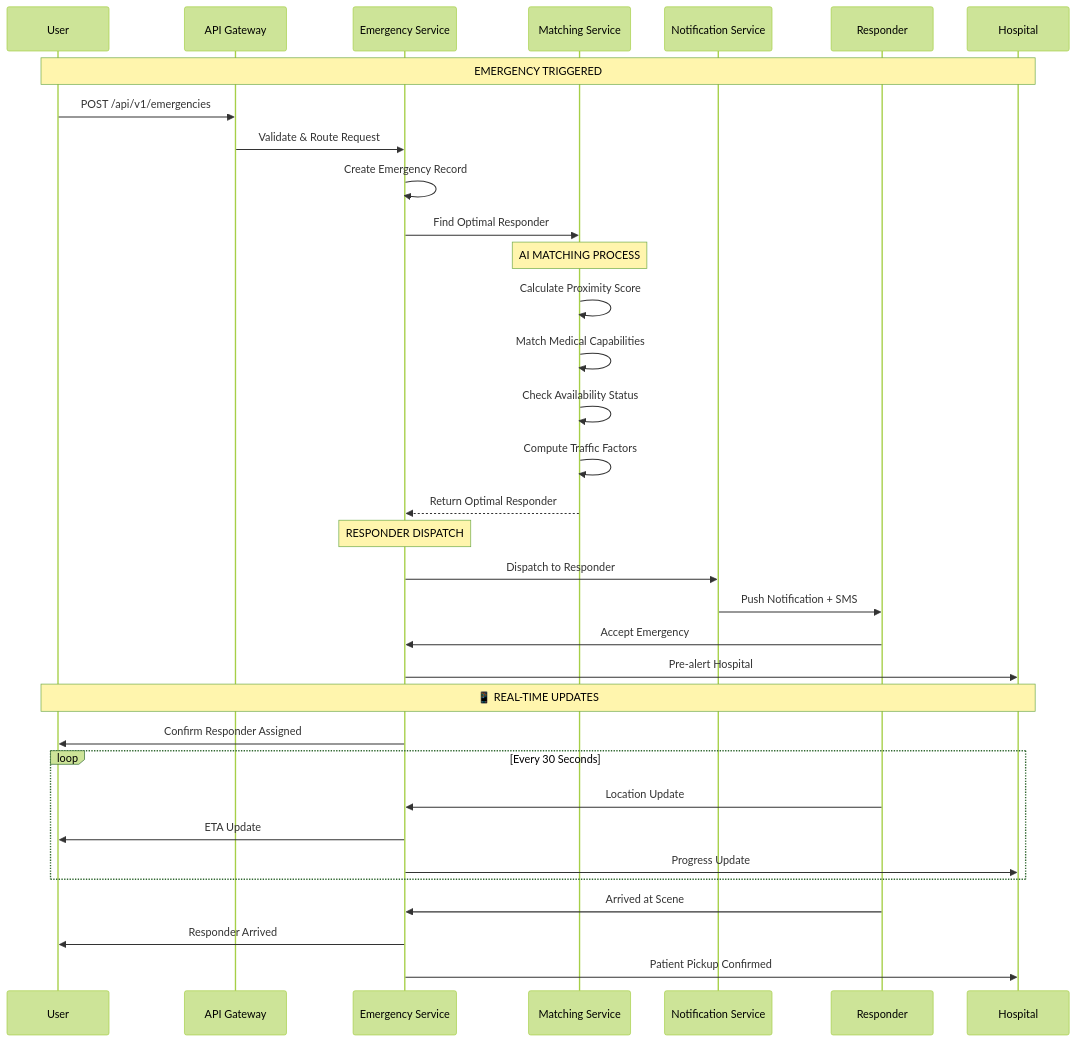
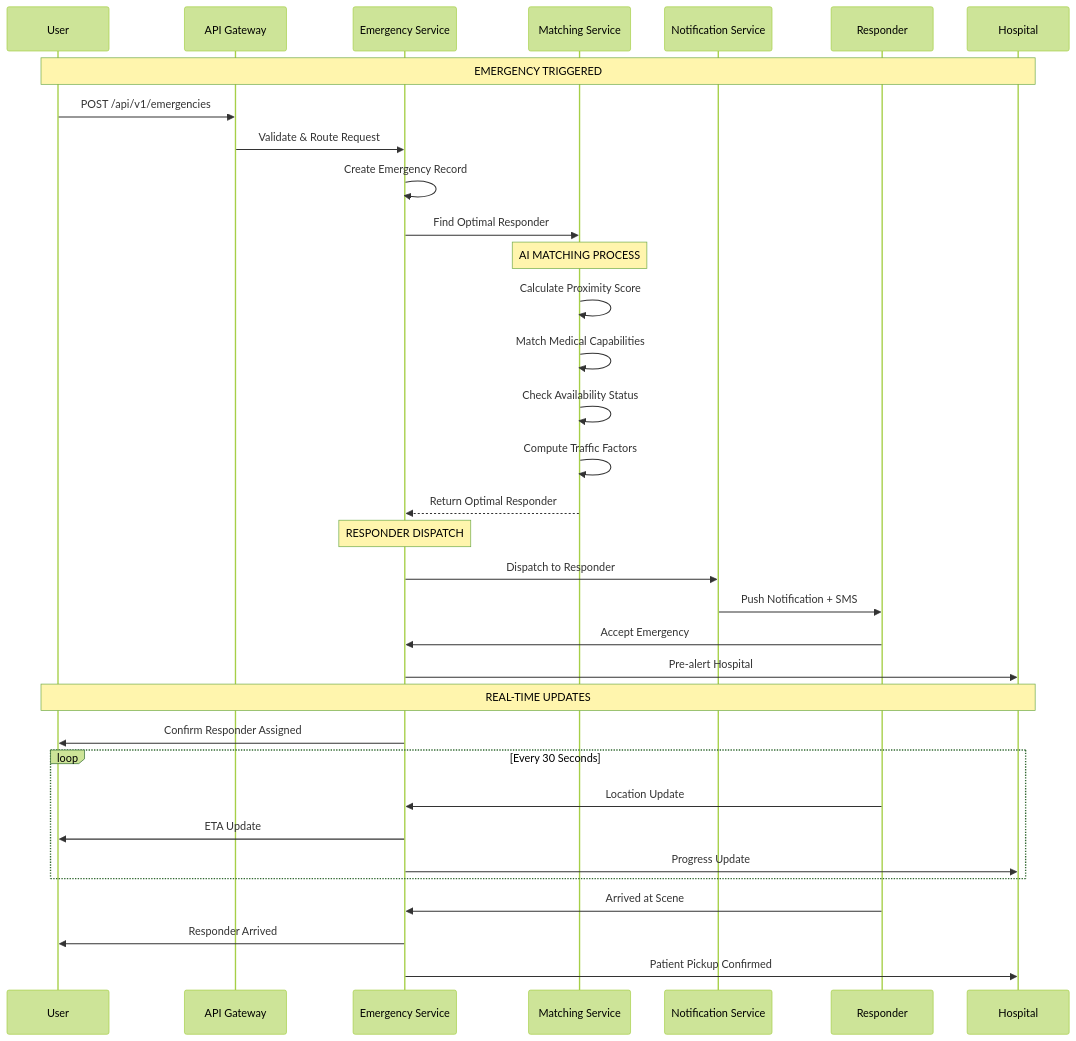
One commit to Eshowoebgar/awalife-emergency-app changed the diagram in systemArchitecture.md. Above: the diagram before and after it, drawn with Mermaid (forest theme). The commit also changed other lines of this file, not shown here.

Commit message:
communication flow diagram updated

````diff
--- a/systemArchitecture.md
+++ b/systemArchitecture.md
@@ -335,41 +159,41 @@
 ```mermaid
 sequenceDiagram
     participant U as User
     participant G as API Gateway
     participant ES as Emergency Service
     participant MS as Matching Service
     participant NS as Notification Service
     participant R as Responder
     participant H as Hospital
     
-    Note over U,H:  EMERGENCY TRIGGERED
+    Note over U,H: EMERGENCY TRIGGERED
     U->>G: POST /api/v1/emergencies
     G->>ES: Validate & Route Request
     ES->>ES: Create Emergency Record
     ES->>MS: Find Optimal Responder
     
-    Note over MS:  AI MATCHING PROCESS
+    Note over MS: AI MATCHING PROCESS
     MS->>MS: Calculate Proximity Score
     MS->>MS: Match Medical Capabilities
     MS->>MS: Check Availability Status
     MS->>MS: Compute Traffic Factors
     MS-->>ES: Return Optimal Responder
     
-    Note over ES:  RESPONDER DISPATCH
+    Note over ES: RESPONDER DISPATCH
     ES->>NS: Dispatch to Responder
     NS->>R: Push Notification + SMS
     R->>ES: Accept Emergency
     ES->>H: Pre-alert Hospital
     
-    Note over U,H: 📱 REAL-TIME UPDATES
+    Note over U,H: REAL-TIME UPDATES
     ES->>U: Confirm Responder Assigned
     loop Every 30 Seconds
         R->>ES: Location Update
         ES->>U: ETA Update
         ES->>H: Progress Update
     end
     
     R->>ES: Arrived at Scene
     ES->>U: Responder Arrived
     ES->>H: Patient Pickup Confirmed
 ```
````
